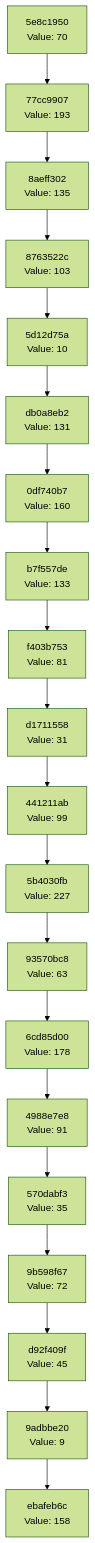
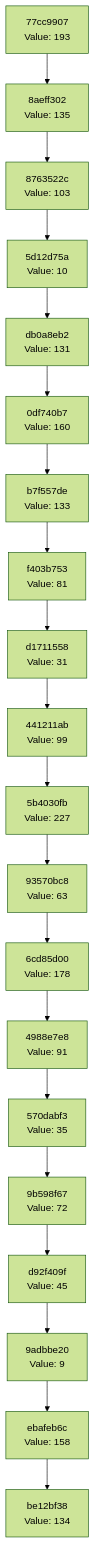
Before and after one commit to Abhisheksinha1506/hash-chain-evolver: the diagram in docs/CHAIN_VISUALIZATION.md, drawn with Mermaid (forest theme). The commit also changed 2 other files, not shown here.

Commit message:
Evolution step: hash 0x86 → action executed

````diff
--- a/docs/CHAIN_VISUALIZATION.md
+++ b/docs/CHAIN_VISUALIZATION.md
@@ -3,42 +3,42 @@
 ```mermaid
 graph TD
-    C0["ebafeb6c<br/>Value: 158"]
-    C1["9adbbe20<br/>Value: 9"]
+    C0["be12bf38<br/>Value: 134"]
+    C1["ebafeb6c<br/>Value: 158"]
     C1 --> C0
-    C2["d92f409f<br/>Value: 45"]
+    C2["9adbbe20<br/>Value: 9"]
     C2 --> C1
-    C3["9b598f67<br/>Value: 72"]
+    C3["d92f409f<br/>Value: 45"]
     C3 --> C2
-    C4["570dabf3<br/>Value: 35"]
+    C4["9b598f67<br/>Value: 72"]
     C4 --> C3
-    C5["4988e7e8<br/>Value: 91"]
+    C5["570dabf3<br/>Value: 35"]
     C5 --> C4
-    C6["6cd85d00<br/>Value: 178"]
+    C6["4988e7e8<br/>Value: 91"]
     C6 --> C5
-    C7["93570bc8<br/>Value: 63"]
+    C7["6cd85d00<br/>Value: 178"]
     C7 --> C6
-    C8["5b4030fb<br/>Value: 227"]
+    C8["93570bc8<br/>Value: 63"]
     C8 --> C7
-    C9["441211ab<br/>Value: 99"]
+    C9["5b4030fb<br/>Value: 227"]
     C9 --> C8
-    C10["d1711558<br/>Value: 31"]
+    C10["441211ab<br/>Value: 99"]
     C10 --> C9
-    C11["f403b753<br/>Value: 81"]
+    C11["d1711558<br/>Value: 31"]
     C11 --> C10
-    C12["b7f557de<br/>Value: 133"]
+    C12["f403b753<br/>Value: 81"]
     C12 --> C11
-    C13["0df740b7<br/>Value: 160"]
+    C13["b7f557de<br/>Value: 133"]
     C13 --> C12
-    C14["db0a8eb2<br/>Value: 131"]
+    C14["0df740b7<br/>Value: 160"]
     C14 --> C13
-    C15["5d12d75a<br/>Value: 10"]
+    C15["db0a8eb2<br/>Value: 131"]
     C15 --> C14
-    C16["8763522c<br/>Value: 103"]
+    C16["5d12d75a<br/>Value: 10"]
     C16 --> C15
-    C17["8aeff302<br/>Value: 135"]
+    C17["8763522c<br/>Value: 103"]
     C17 --> C16
-    C18["77cc9907<br/>Value: 193"]
+    C18["8aeff302<br/>Value: 135"]
     C18 --> C17
-    C19["5e8c1950<br/>Value: 70"]
+    C19["77cc9907<br/>Value: 193"]
     C19 --> C18
 ```
````
